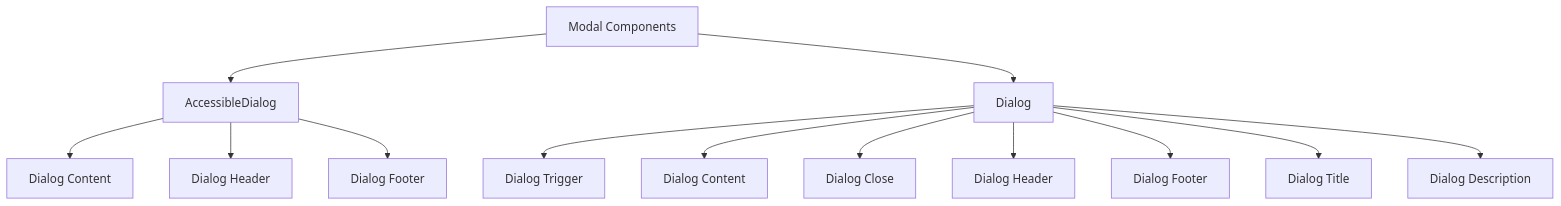
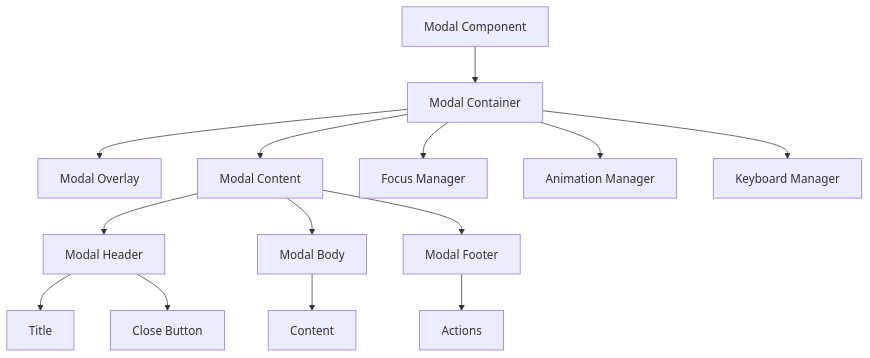
Before and after one commit to gedeza/thrive-send: the first of 3 diagrams in DOCS/components/feedback/Modal.md, drawn with Mermaid. The commit also changed other lines of this file and 25 other files, not shown here.

````diff
--- a/DOCS/components/feedback/Modal.md
+++ b/DOCS/components/feedback/Modal.md
@@ -11,15 +20,18 @@
 ```mermaid
 graph TD
-    A[Modal Components] --> B[AccessibleDialog]
-    A --> C[Dialog]
-    B --> D[Dialog Content]
-    B --> E[Dialog Header]
-    B --> F[Dialog Footer]
-    C --> G[Dialog Trigger]
-    C --> H[Dialog Content]
-    C --> I[Dialog Close]
-    C --> J[Dialog Header]
-    C --> K[Dialog Footer]
-    C --> L[Dialog Title]
-    C --> M[Dialog Description]
+    A[Modal Component] --> B[Modal Container]
+    B --> C[Modal Overlay]
+    B --> D[Modal Content]
+    D --> E[Modal Header]
+    D --> F[Modal Body]
+    D --> G[Modal Footer]
+    
+    E --> H[Title]
+    E --> I[Close Button]
+    F --> J[Content]
+    G --> K[Actions]
+    
+    B --> L[Focus Manager]
+    B --> M[Animation Manager]
+    B --> N[Keyboard Manager]
 ```
````
